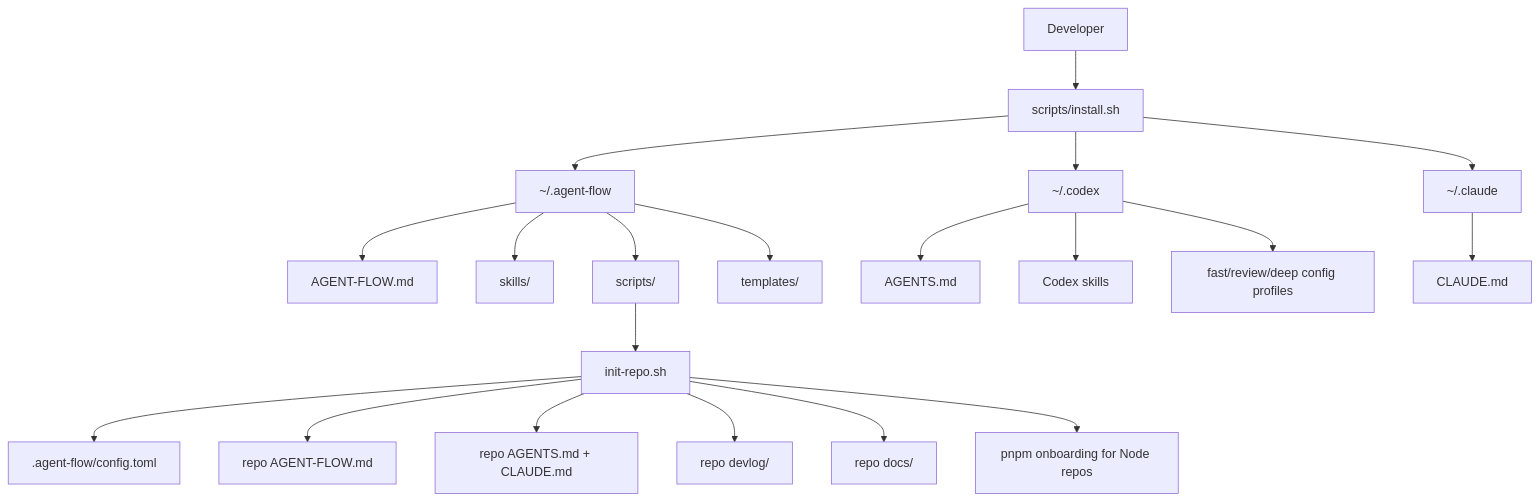
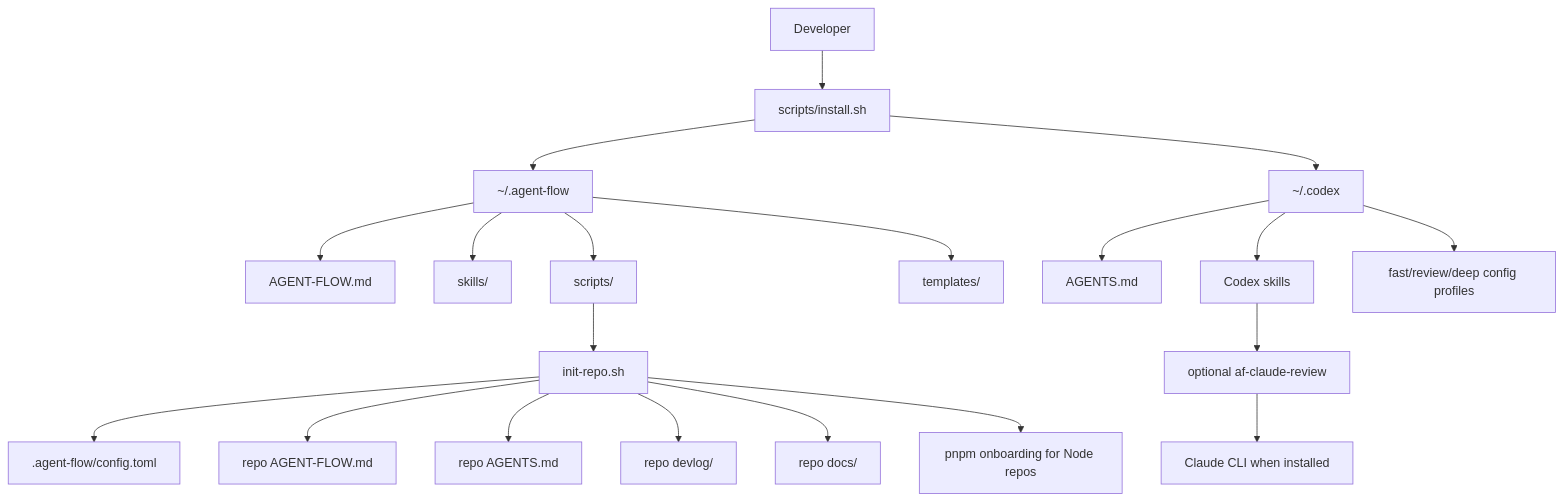
The first of 5 diagrams in docs/ARCHITECTURE.md (miketaheny/codex-setup), drawn with Mermaid before and after one commit. The commit also changed other lines of this file and 30 other files, not shown here.

Commit message:
chore: codex exclusive review flow

````diff
--- a/docs/ARCHITECTURE.md
+++ b/docs/ARCHITECTURE.md
@@ -7,25 +7,25 @@
 ```mermaid
 flowchart TD
     User["Developer"] --> Install["scripts/install.sh"]
     Install --> AFHome["~/.agent-flow"]
     Install --> CodexHome["~/.codex"]
-    Install --> ClaudeHome["~/.claude"]
 
     AFHome --> Rules["AGENT-FLOW.md"]
     AFHome --> Skills["skills/"]
     AFHome --> Scripts["scripts/"]
     AFHome --> Templates["templates/"]
 
     CodexHome --> CodexAdapter["AGENTS.md"]
     CodexHome --> CodexSkills["Codex skills"]
     CodexHome --> CodexProfiles["fast/review/deep config profiles"]
-    ClaudeHome --> ClaudeAdapter["CLAUDE.md"]
+    CodexSkills --> ClaudeReview["optional af-claude-review"]
+    ClaudeReview --> ClaudeCLI["Claude CLI when installed"]
 
     Scripts --> Init["init-repo.sh"]
     Init --> RepoConfig[".agent-flow/config.toml"]
     Init --> RepoRules["repo AGENT-FLOW.md"]
-    Init --> RepoAdapters["repo AGENTS.md + CLAUDE.md"]
+    Init --> RepoAdapters["repo AGENTS.md"]
     Init --> RepoDevlog["repo devlog/"]
     Init --> RepoDocs["repo docs/"]
     Init --> Pnpm["pnpm onboarding for Node repos"]
 ```
````
